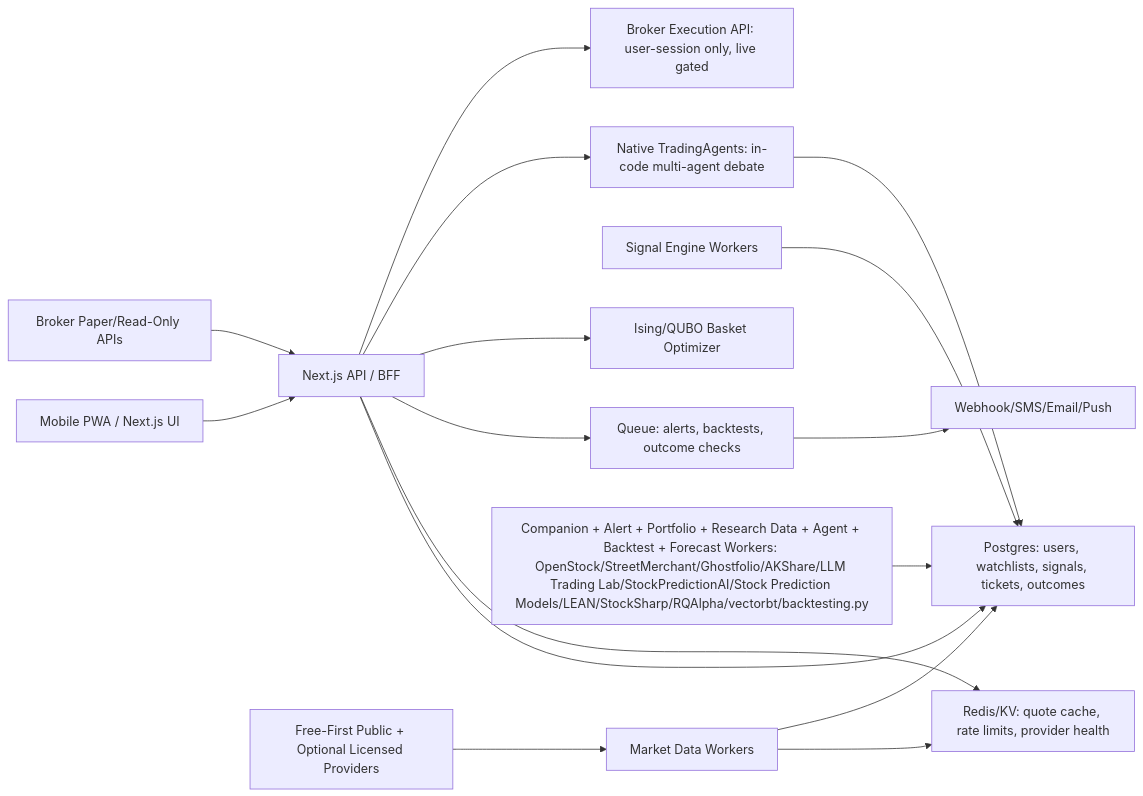
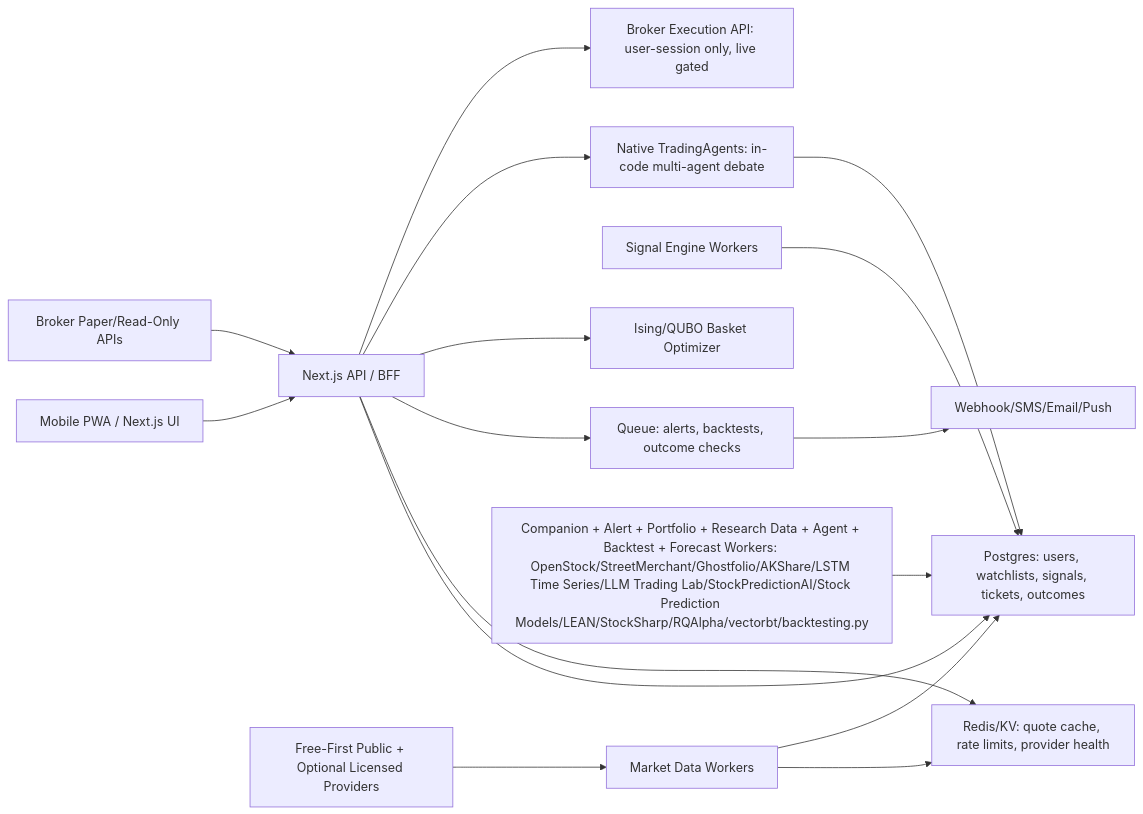
One commit to pinohu/trading-intel changed the diagram in docs/ARCHITECTURE.md. Above: the diagram before and after it, drawn with Mermaid. The commit also changed other lines of this file and 15 other files, not shown here.

Commit message:
Add LSTM time series forecast worker lane

````diff
--- a/docs/ARCHITECTURE.md
+++ b/docs/ARCHITECTURE.md
@@ -35,18 +35,18 @@
 ```mermaid
 flowchart LR
   UI["Mobile PWA / Next.js UI"] --> BFF["Next.js API / BFF"]
   BFF --> DB["Postgres: users, watchlists, signals, tickets, outcomes"]
   BFF --> Cache["Redis/KV: quote cache, rate limits, provider health"]
   BFF --> Queue["Queue: alerts, backtests, outcome checks"]
   DataWorker["Market Data Workers"] --> Cache
   DataWorker --> DB
   Providers["Free-First Public + Optional Licensed Providers"] --> DataWorker
   SignalWorker["Signal Engine Workers"] --> DB
   BFF --> Ising["Ising/QUBO Basket Optimizer"]
   BFF --> TradingAgents["Native TradingAgents: in-code multi-agent debate"]
   TradingAgents --> DB
-  BacktestWorker["Companion + Alert + Portfolio + Research Data + Agent + Backtest + Forecast Workers: OpenStock/StreetMerchant/Ghostfolio/AKShare/LLM Trading Lab/StockPredictionAI/Stock Prediction Models/LEAN/StockSharp/RQAlpha/vectorbt/backtesting.py"] --> DB
+  BacktestWorker["Companion + Alert + Portfolio + Research Data + Agent + Backtest + Forecast Workers: OpenStock/StreetMerchant/Ghostfolio/AKShare/LSTM Time Series/LLM Trading Lab/StockPredictionAI/Stock Prediction Models/LEAN/StockSharp/RQAlpha/vectorbt/backtesting.py"] --> DB
   Broker["Broker Paper/Read-Only APIs"] --> BFF
   BFF --> BrokerExec["Broker Execution API: user-session only, live gated"]
   Queue --> Alerts["Webhook/SMS/Email/Push"]
 ```
````
